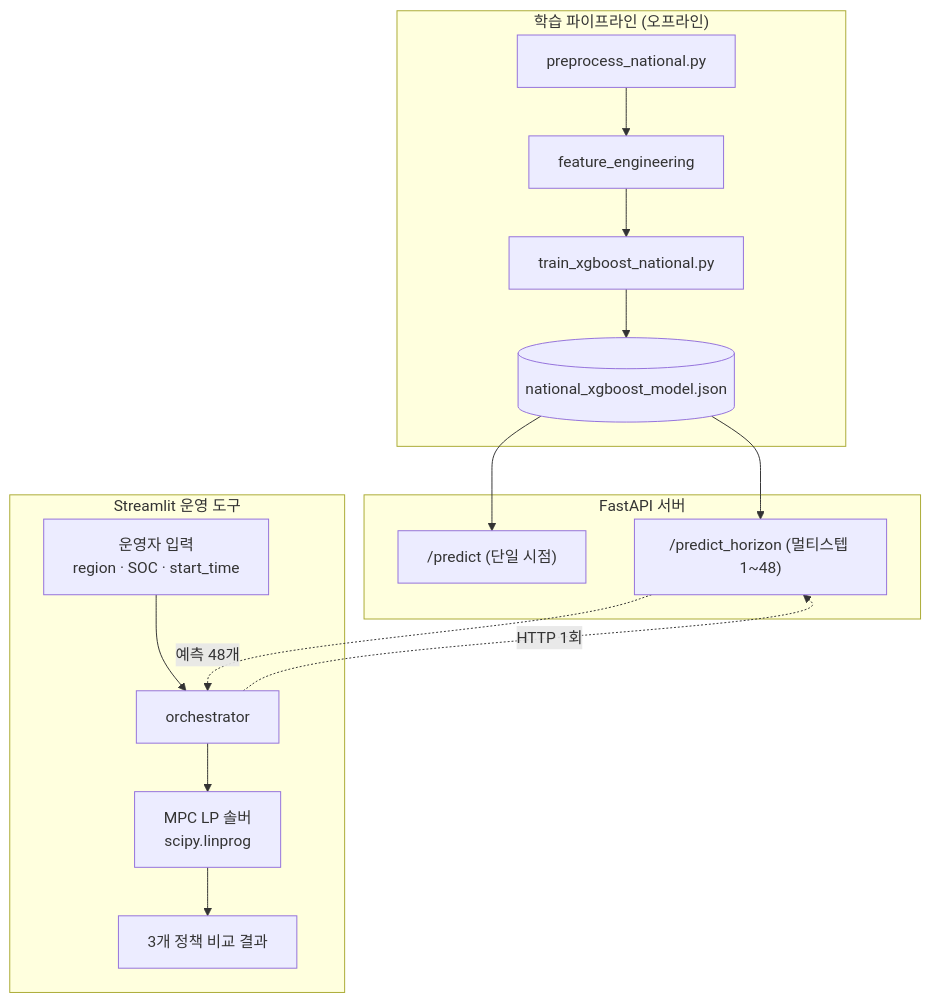
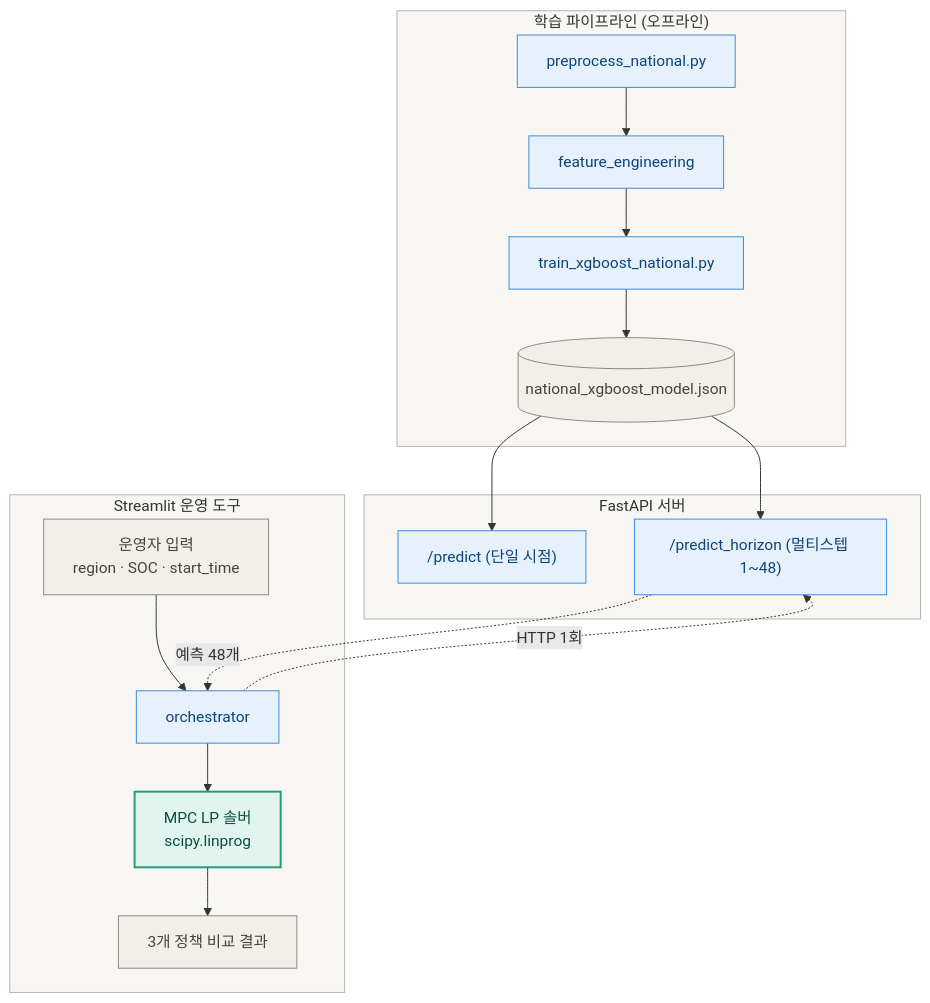
One commit to rangedayo/energy-time-series-forecast changed the diagram in README.md. Above: the diagram before and after it, drawn with Mermaid. The commit also changed other lines of this file, not shown here.

````diff
--- a/README.md
+++ b/README.md
@@ -71,21 +91,33 @@
 ```mermaid
 flowchart TB
-    subgraph 학습["학습 파이프라인 (오프라인)"]
+    subgraph TRAIN["학습 파이프라인 (오프라인)"]
         A[preprocess_national.py] --> B[feature_engineering]
         B --> C[train_xgboost_national.py]
         C --> D[(national_xgboost_model.json)]
     end
 
     subgraph API["FastAPI 서버"]
         D --> E["/predict (단일 시점)"]
         D --> F["/predict_horizon (멀티스텝 1~48)"]
     end
 
     subgraph UI["Streamlit 운영 도구"]
         G[운영자 입력<br/>region · SOC · start_time] --> H[orchestrator]
         H -. HTTP 1회 .-> F
         F -. 예측 48개 .-> H
         H --> I[MPC LP 솔버<br/>scipy.linprog]
         I --> J[3개 정책 비교 결과]
     end
+
+    classDef io fill:#F1EFE8,stroke:#888780,color:#444441
+    classDef proc fill:#E6F1FB,stroke:#378ADD,color:#0C447C
+    classDef gate fill:#E1F5EE,stroke:#1D9E75,color:#085041,stroke-width:2px
+
+    class A,B,C,E,F,H proc
+    class D,G,J io
+    class I gate
+
+    style TRAIN fill:#F7F6F2,stroke:#B4B2A9
+    style API fill:#F7F6F2,stroke:#B4B2A9
+    style UI fill:#F7F6F2,stroke:#B4B2A9
 ```
````
